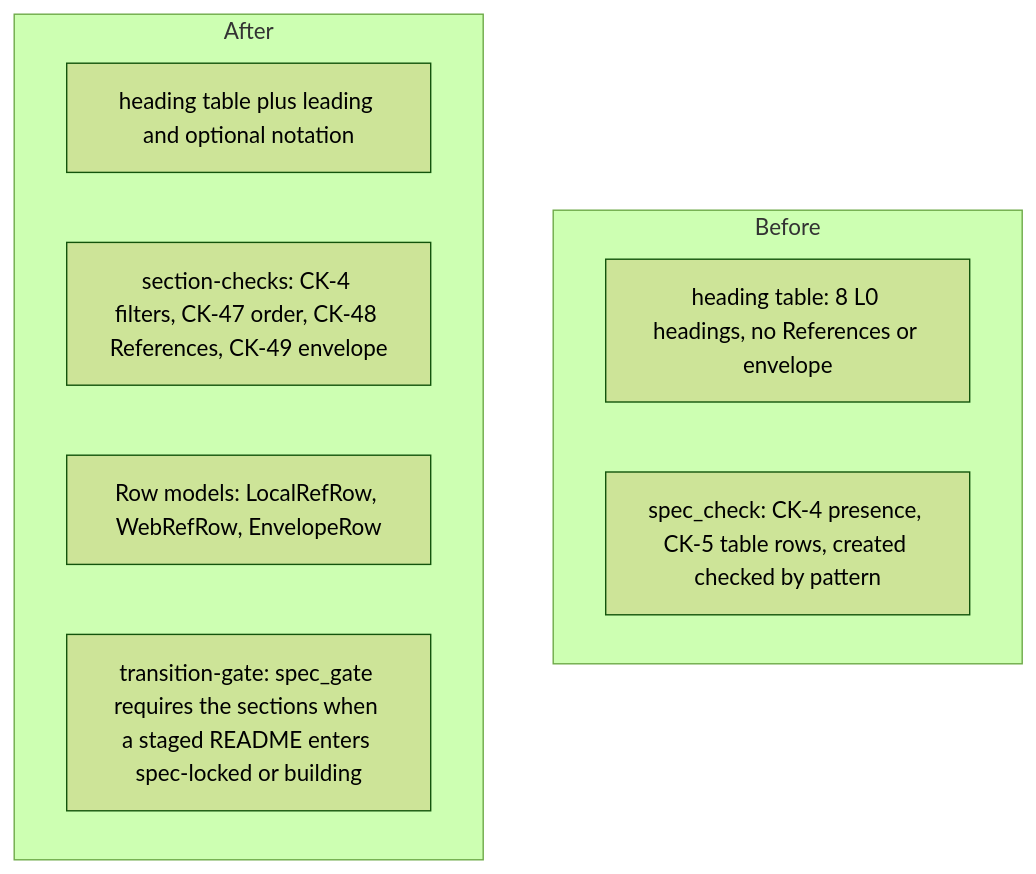
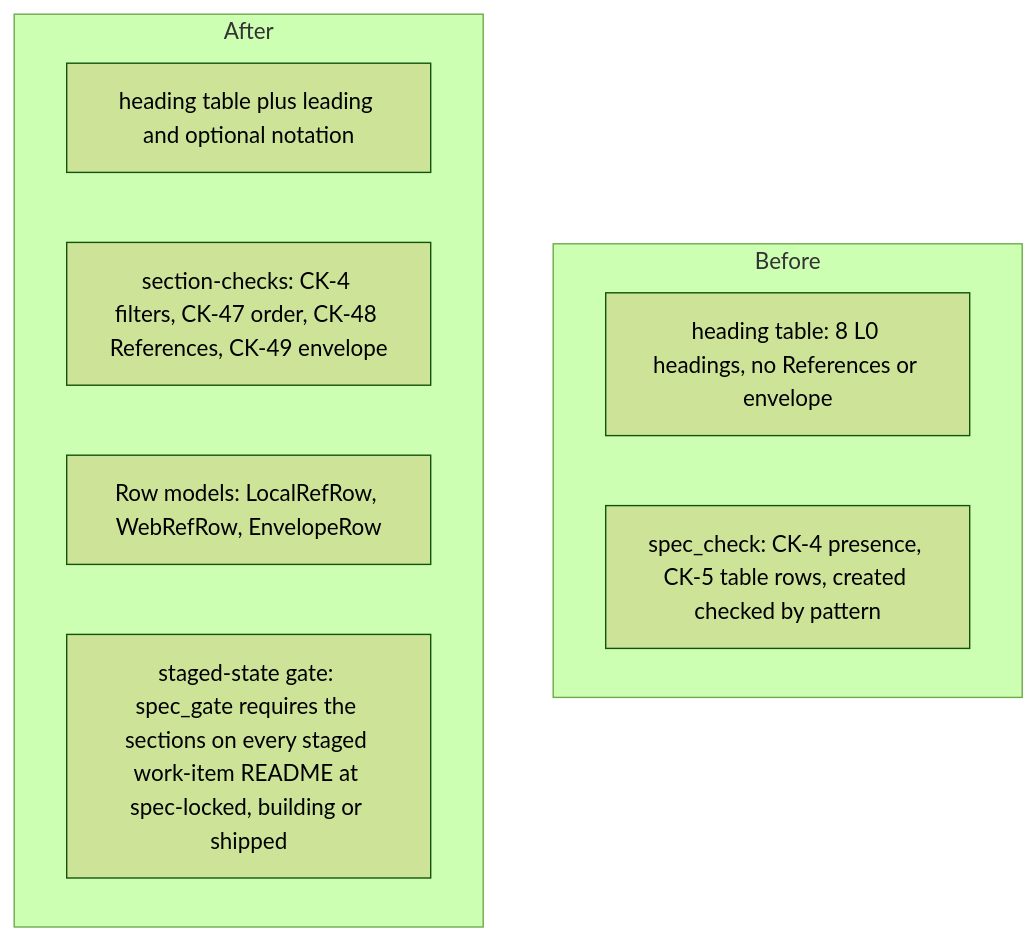
The diagram in docs/work/spec-references-envelope/components.md (sibulus13/claudence), drawn with Mermaid (forest theme) before and after one commit. The commit also changed other lines of this file and 2 other files, not shown here.

First line of the commit message:
docs(work): spec-references-envelope: staged-state invariant replaces the transition rule

````diff
--- a/docs/work/spec-references-envelope/components.md
+++ b/docs/work/spec-references-envelope/components.md
@@ -3,13 +3,13 @@
 ```mermaid
 flowchart TD
   subgraph Before
     B1[heading table: 8 L0 headings, no References or envelope]
     B2[spec_check: CK-4 presence, CK-5 table rows, created checked by pattern]
   end
   subgraph After
     A1[heading table plus leading and optional notation]
     A2[section-checks: CK-4 filters, CK-47 order, CK-48 References, CK-49 envelope]
     A3[Row models: LocalRefRow, WebRefRow, EnvelopeRow]
-    A4[transition-gate: spec_gate requires the sections when a staged README enters spec-locked or building]
+    A4[staged-state gate: spec_gate requires the sections on every staged work-item README at spec-locked, building or shipped]
   end
 ```
````
